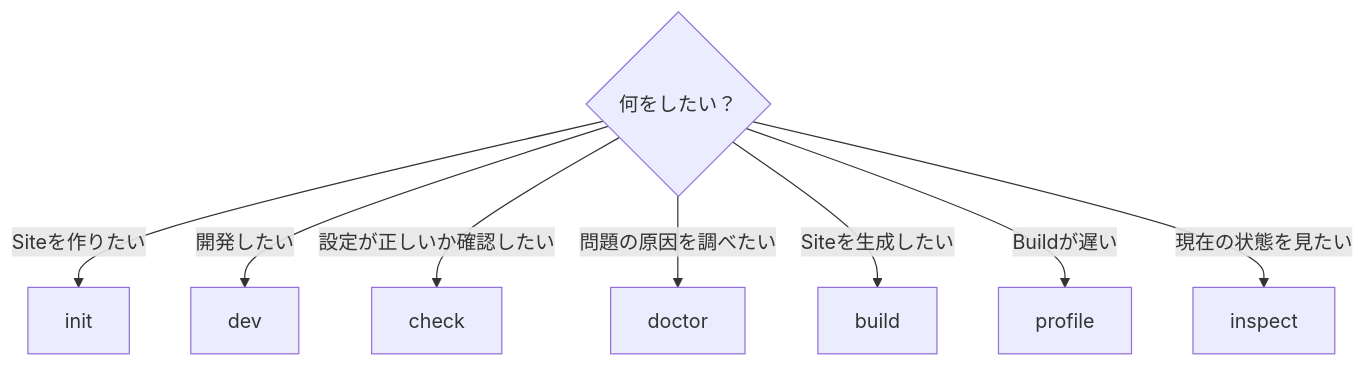
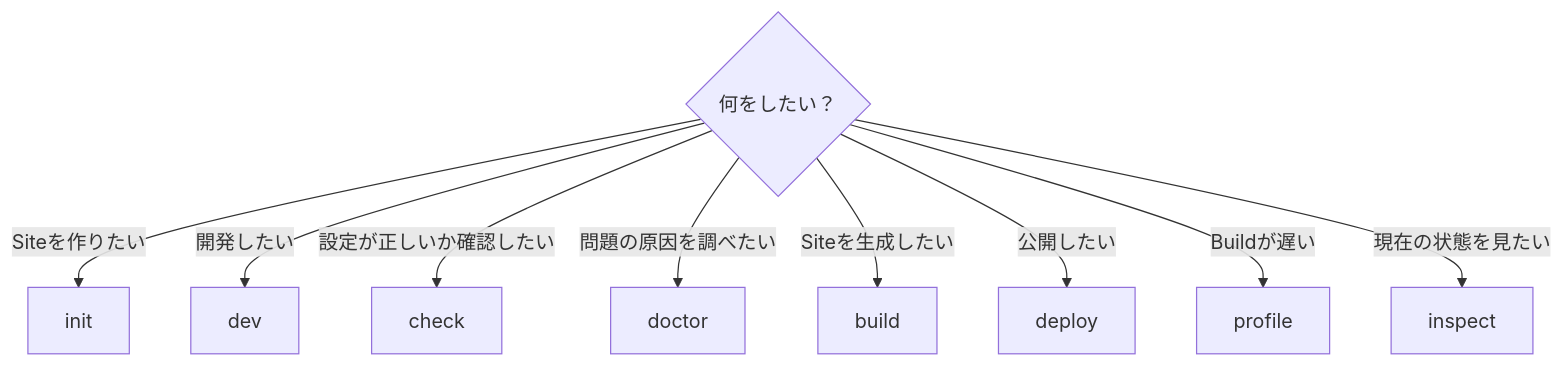
One commit to Rerurate514/riebeckite changed the first of 6 diagrams in docs/ja/docs/reference/cli.md. Above: the diagram before and after it, drawn with Mermaid. The commit also changed other lines of this file and 17 other files, not shown here.

````diff
--- a/docs/ja/docs/reference/cli.md
+++ b/docs/ja/docs/reference/cli.md
@@ -47,12 +49,13 @@
 ```mermaid id="ctqx7e"
 flowchart TD
     Q{"何をしたい？"}
 
     Q -->|"Siteを作りたい"| Init["init"]
     Q -->|"開発したい"| Dev["dev"]
     Q -->|"設定が正しいか確認したい"| Check["check"]
     Q -->|"問題の原因を調べたい"| Doctor["doctor"]
     Q -->|"Siteを生成したい"| Build["build"]
+    Q -->|"公開したい"| Deploy["deploy"]
     Q -->|"Buildが遅い"| Profile["profile"]
     Q -->|"現在の状態を見たい"| Inspect["inspect"]
 ```
````
